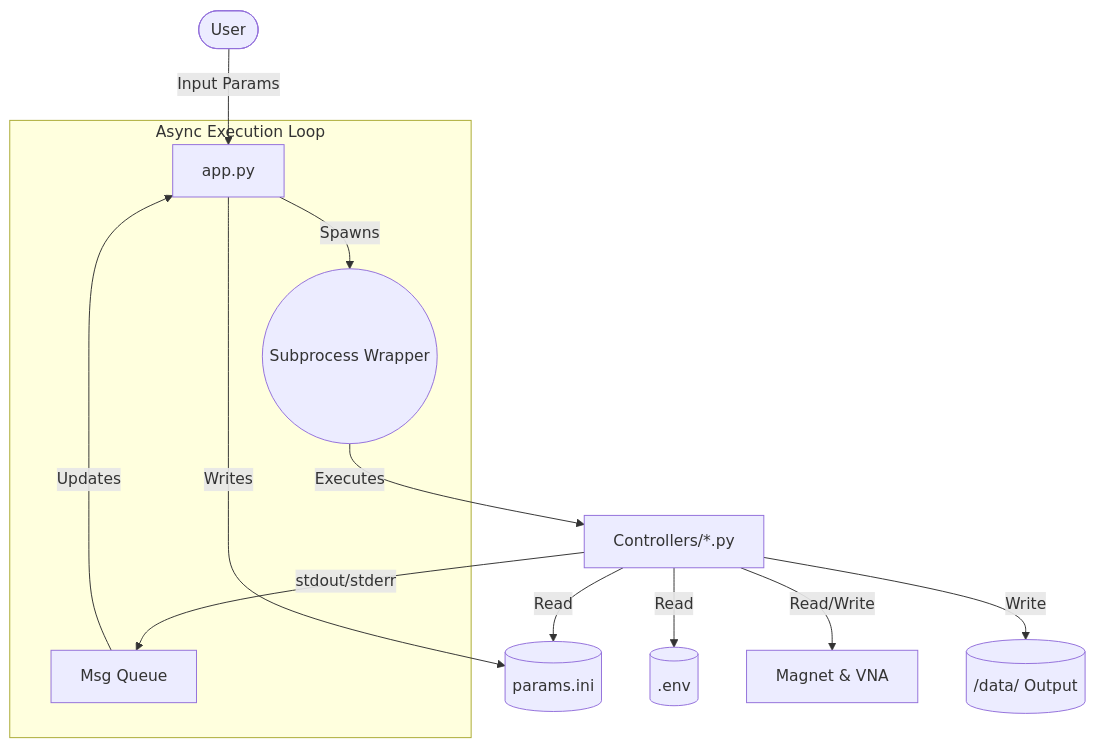
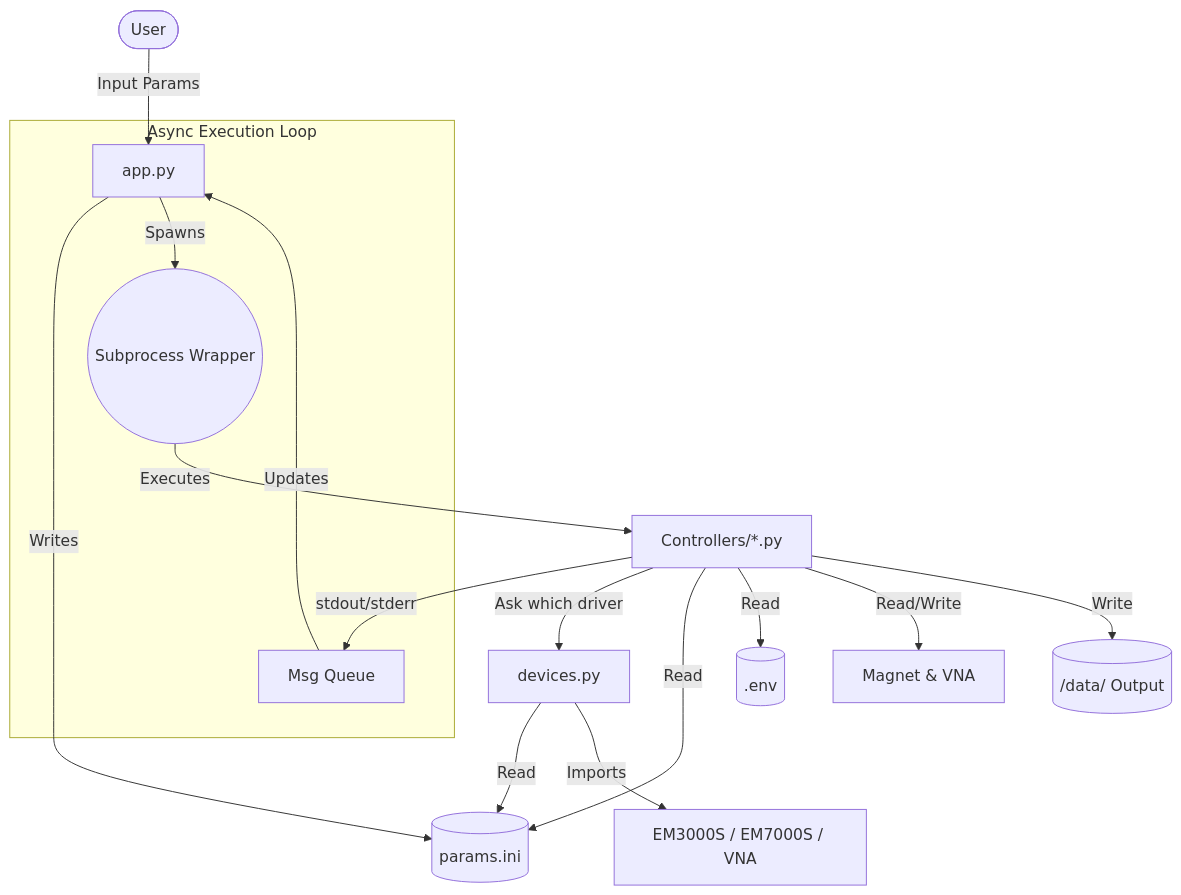
One commit to FazinHan/sweep-interface changed the diagram in controllers/README.md. Above: the diagram before and after it, drawn with Mermaid. The commit also changed other lines of this file and 13 other files, not shown here.

````diff
--- a/controllers/README.md
+++ b/controllers/README.md
@@ -19,19 +20,22 @@
 ```mermaid
 graph TD
     User([User]) -->|Input Params| GUI[app.py]
     GUI -->|Writes| Config[(params.ini)]
     
     subgraph "Async Execution Loop"
         GUI -- Spawns --> Subprocess((Subprocess Wrapper))
         Queue[Msg Queue] -- Updates --> GUI
     end
 
     Subprocess -->|Executes| Scripts[Controllers/*.py]
     
+    Scripts -->|Ask which driver| Registry[devices.py]
+    Registry -->|Read| Config
+    Registry -->|Imports| Drivers[EM3000S / EM7000S / VNA]
     Scripts -->|Read| Config
     Scripts -->|Read| Env[(.env)]
     Scripts -- stdout/stderr --> Queue
     Scripts -->|Read/Write| Hardware[Magnet & VNA]
     Scripts -->|Write| Data[(/data/ Output)]
 
 ```
````
